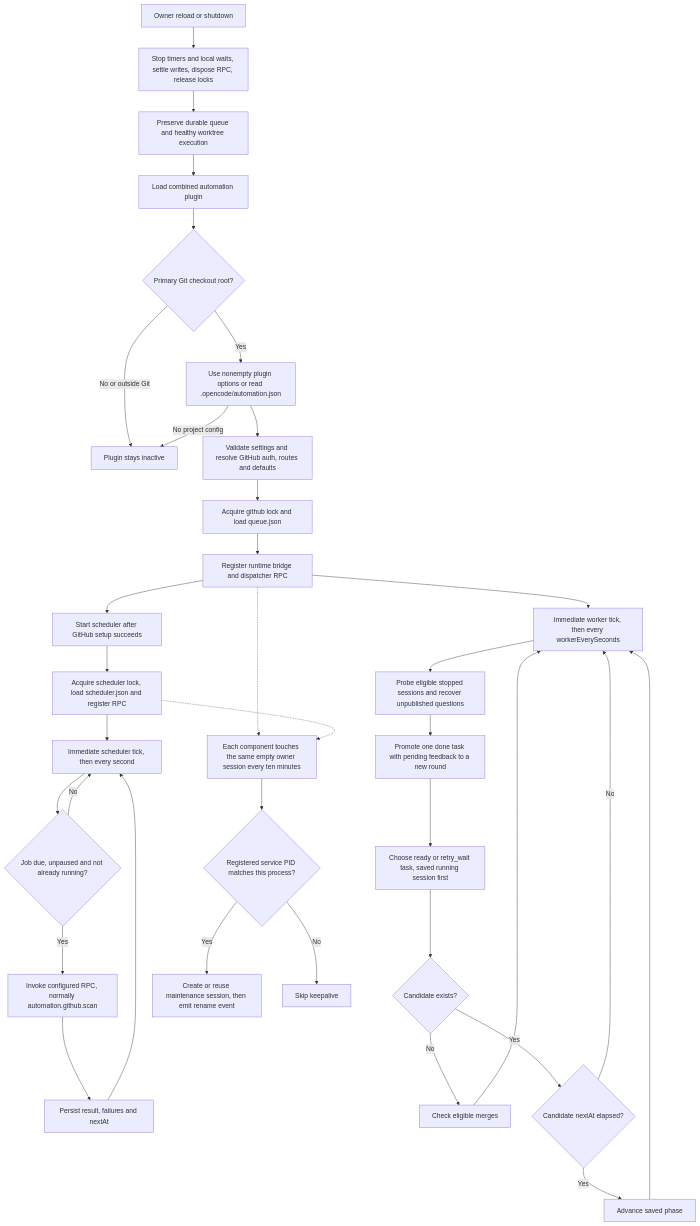
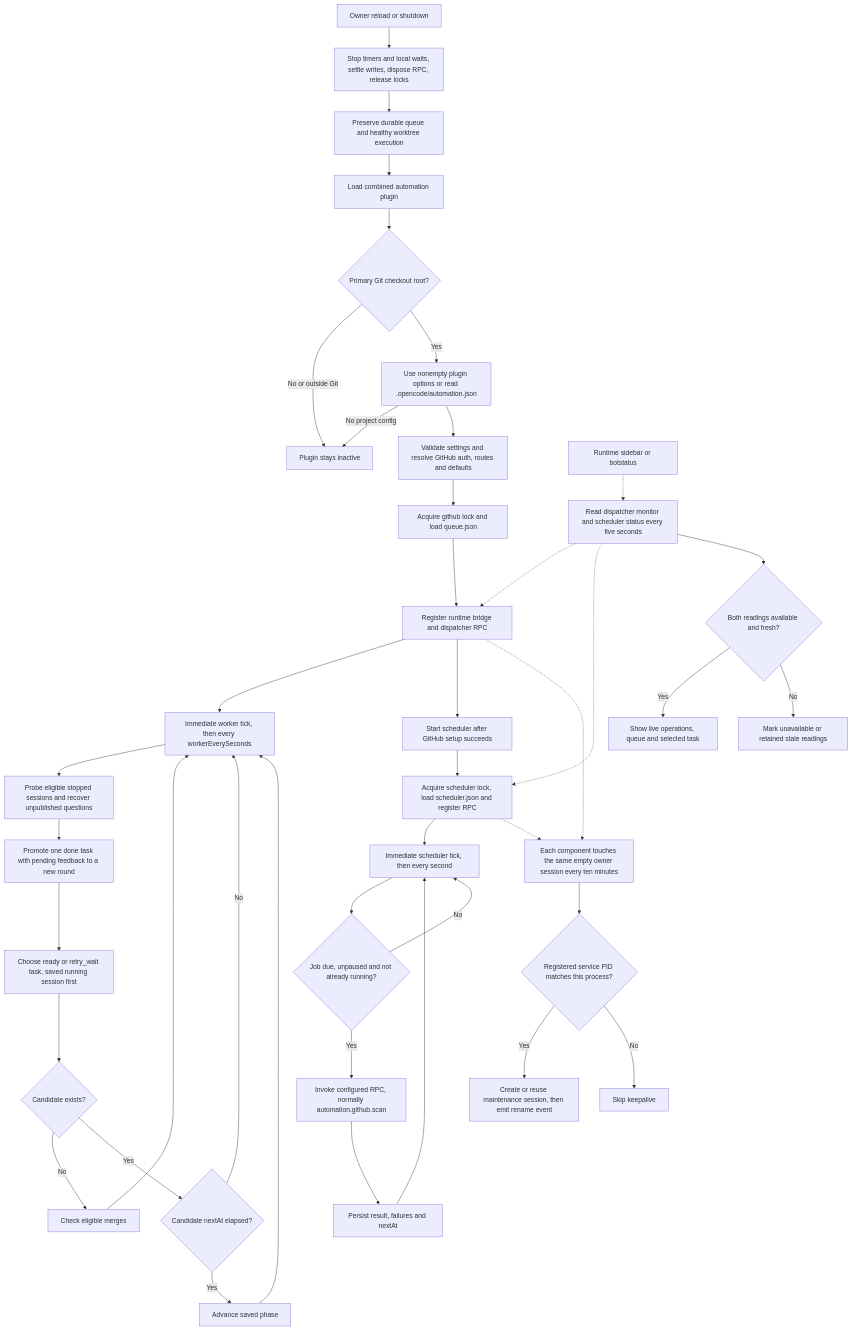
Before and after one commit to d3cker/opencode2-github-automation: the first of 8 diagrams in docs/bot-workflow.md, drawn with Mermaid. The commit also changed other lines of this file and 21 other files, not shown here.

Commit message:
feat: show live bot runtime status in TUI sidebar

````diff
--- a/docs/bot-workflow.md
+++ b/docs/bot-workflow.md
@@ -17,37 +17,43 @@
 ```mermaid
 flowchart TD
     Load[Load combined automation plugin] --> Owner{Primary Git checkout root?}
     Owner -->|No or outside Git| Inactive[Plugin stays inactive]
     Owner -->|Yes| Config[Use nonempty plugin options or read .opencode/automation.json]
     Config -->|No project config| Inactive
     Config --> Resolve[Validate settings and resolve GitHub auth, routes and defaults]
     Resolve --> GH[Acquire github lock and load queue.json]
     GH --> RPC[Register runtime bridge and dispatcher RPC]
     RPC --> Worker[Immediate worker tick, then every workerEverySeconds]
     RPC --> Scheduler[Start scheduler after GitHub setup succeeds]
     Scheduler --> State[Acquire scheduler lock, load scheduler.json and register RPC]
     State --> Clock[Immediate scheduler tick, then every second]
     Clock --> Due{Job due, unpaused and not already running?}
     Due -->|Yes| Scan[Invoke configured RPC, normally automation.github.scan]
     Scan --> Save[Persist result, failures and nextAt]
     Save --> Clock
     Due -->|No| Clock
     Worker --> Recover[Probe eligible stopped sessions and recover unpublished questions]
     Recover --> Round[Promote one done task with pending feedback to a new round]
     Round --> Select[Choose ready or retry_wait task, saved running session first]
     Select --> Candidate{Candidate exists?}
     Candidate -->|No| Merge[Check eligible merges]
     Candidate -->|Yes| TaskDue{Candidate nextAt elapsed?}
     TaskDue -->|No| Worker
     TaskDue -->|Yes| Dispatch[Advance saved phase]
     Dispatch --> Worker
     Merge --> Worker
     RPC -.-> Keepalive[Each component touches the same empty owner session every ten minutes]
     State -.-> Keepalive
     Keepalive --> PID{Registered service PID matches this process?}
     PID -->|Yes| Touch[Create or reuse maintenance session, then emit rename event]
     PID -->|No| Skip[Skip keepalive]
     Stop[Owner reload or shutdown] --> Cleanup[Stop timers and local waits, settle writes, dispose RPC, release locks]
     Cleanup --> Preserve[Preserve durable queue and healthy worktree execution]
     Preserve --> Load
+    View[Runtime sidebar or botstatus] -.-> Monitor[Read dispatcher monitor and scheduler status every five seconds]
+    Monitor -.-> RPC
+    Monitor -.-> State
+    Monitor --> Fresh{Both readings available and fresh?}
+    Fresh -->|Yes| Display[Show live operations, queue and selected task]
+    Fresh -->|No| Stale[Mark unavailable or retained stale readings]
 ```
````
